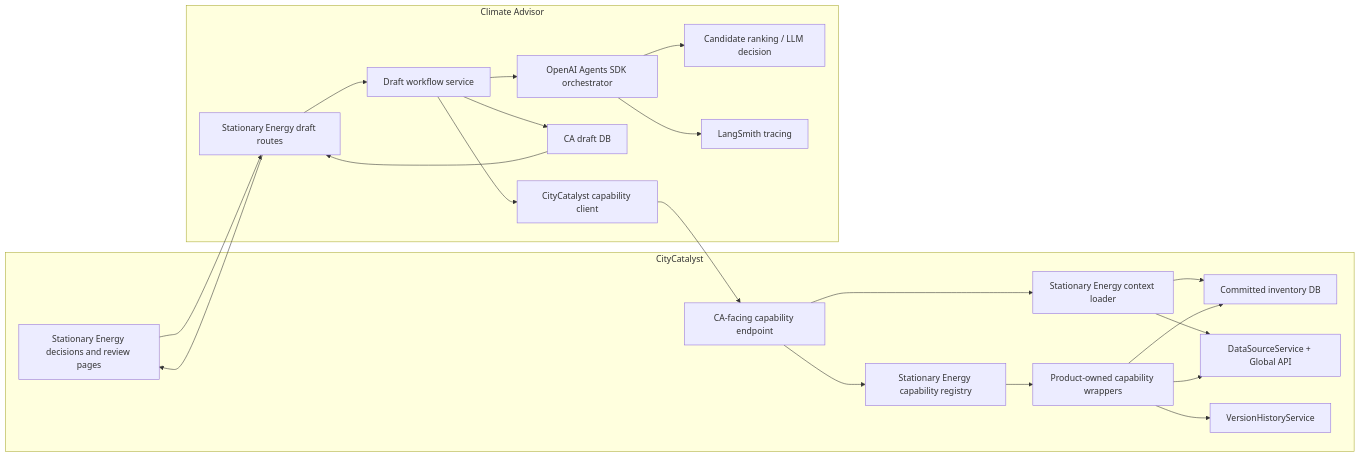
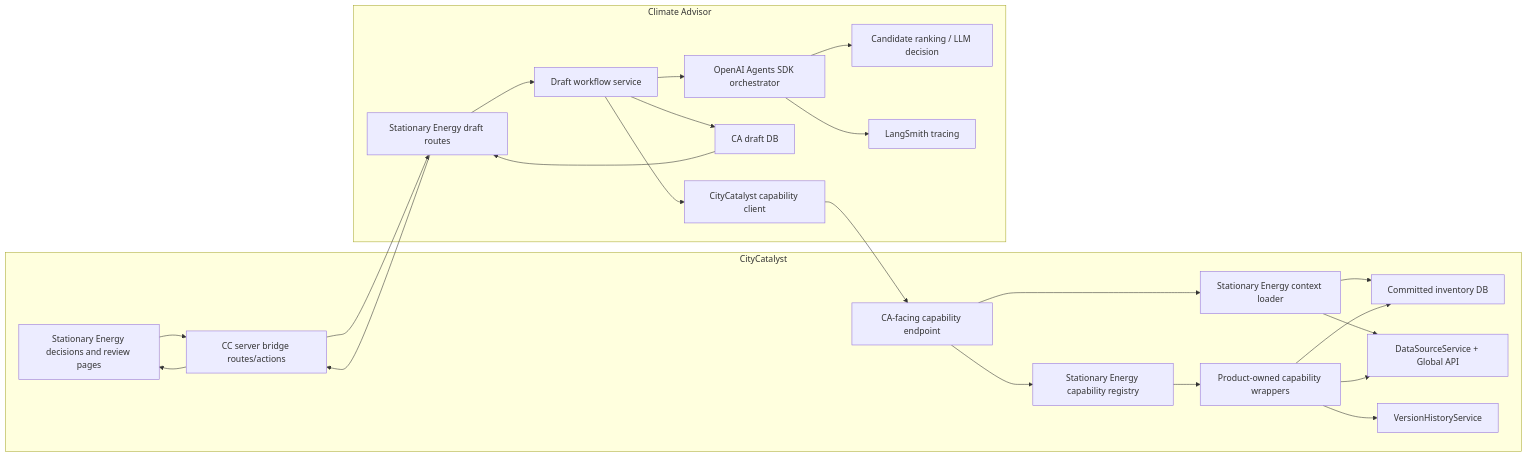
Before and after one commit to Open-Earth-Foundation/CityCatalyst: the first of 6 diagrams in docs/plan.md, drawn with Mermaid. The commit also changed other lines of this file and 31 other files, not shown here.

````diff
--- a/docs/plan.md
+++ b/docs/plan.md
@@ -224,42 +243,45 @@
 ```mermaid
 flowchart LR
   subgraph CC["CityCatalyst"]
     UI["Stationary Energy decisions and review pages"]
+    CCBRIDGE["CC server bridge routes/actions"]
     CCAPI["CA-facing capability endpoint"]
     Registry["Stationary Energy capability registry"]
     Loader["Stationary Energy context loader"]
     Wrappers["Product-owned capability wrappers"]
     CCDB["Committed inventory DB"]
     Sources["DataSourceService + Global API"]
     History["VersionHistoryService"]
   end
 
   subgraph CA["Climate Advisor"]
     CARoute["Stationary Energy draft routes"]
     Workflow["Draft workflow service"]
     CAClient["CityCatalyst capability client"]
     CADB["CA draft DB"]
     AgentsSDK["OpenAI Agents SDK orchestrator"]
     Ranker["Candidate ranking / LLM decision"]
     Trace["LangSmith tracing"]
   end
 
-  UI --> CARoute
+  UI --> CCBRIDGE
+  CCBRIDGE --> CARoute
   CARoute --> Workflow
   Workflow --> CAClient
   CAClient --> CCAPI
   CCAPI --> Registry
   CCAPI --> Loader
   Registry --> Wrappers
   Loader --> CCDB
   Loader --> Sources
   Wrappers --> CCDB
   Wrappers --> Sources
   Wrappers --> History
   Workflow --> AgentsSDK
   AgentsSDK --> Ranker
   AgentsSDK --> Trace
   Workflow --> CADB
   CADB --> CARoute
-  CARoute --> UI
+  CARoute --> CCBRIDGE
+  CCBRIDGE --> UI
 ```
````
